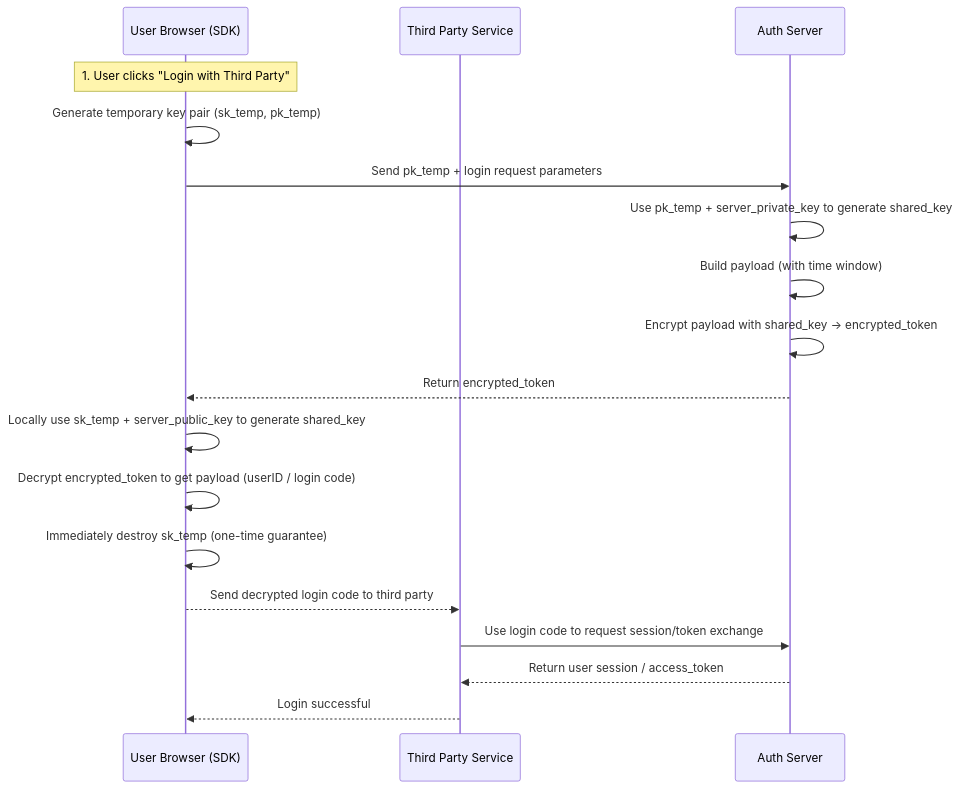
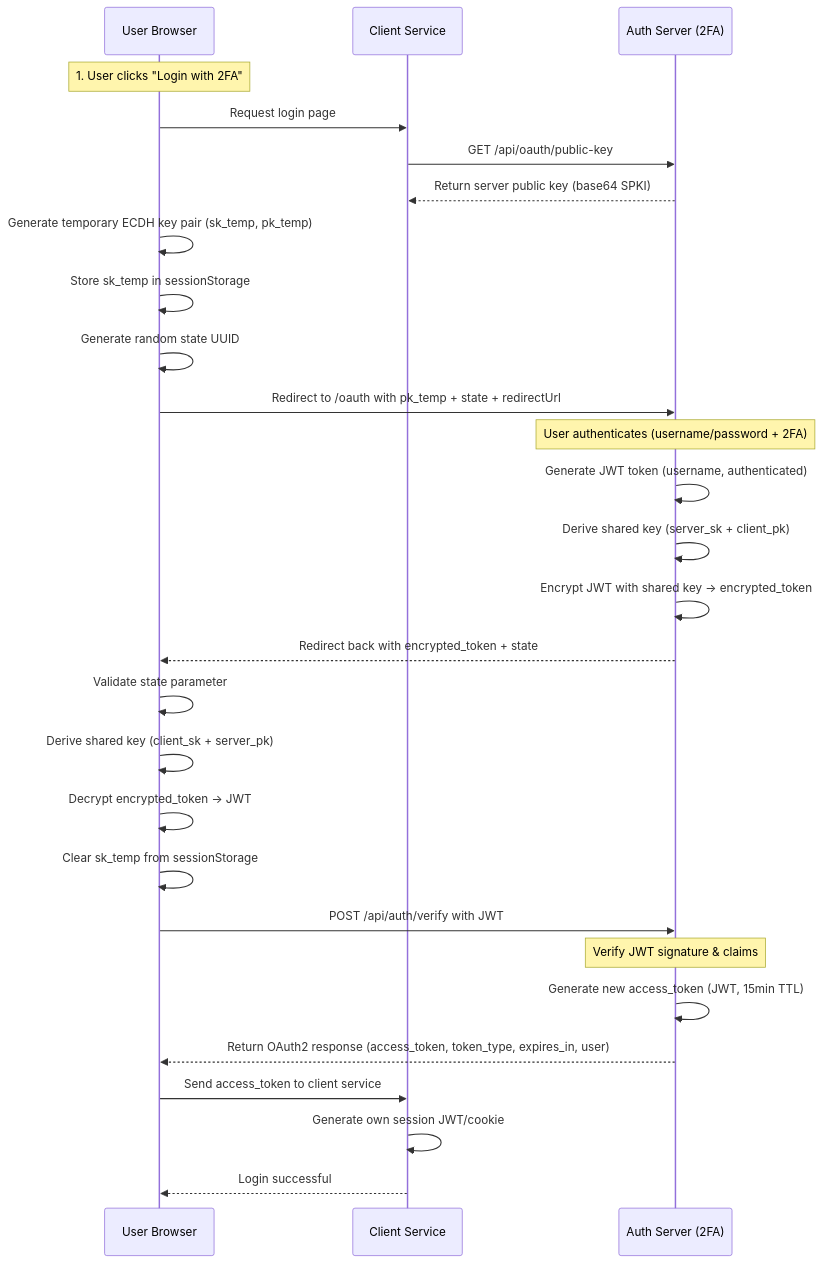
The diagram in app/ecdh/docs/flow.md (DavidKk/vercel-2fa), drawn with Mermaid before and after one commit. The commit also changed other lines of this file and 5 other files, not shown here.

````diff
--- a/app/ecdh/docs/flow.md
+++ b/app/ecdh/docs/flow.md
@@ -5,30 +5,38 @@
 ```mermaid
 sequenceDiagram
-    participant User as User Browser (SDK)
-    participant Third as Third Party Service
-    participant Auth as Auth Server
+    participant User as User Browser
+    participant Client as Client Service
+    participant Auth as Auth Server (2FA)
 
-    Note over User: 1. User clicks "Login with Third Party"
+    Note over User: 1. User clicks "Login with 2FA"
 
-    User->>User: Generate temporary key pair (sk_temp, pk_temp)
+    User->>Client: Request login page
+    Client->>Auth: GET /api/oauth/public-key
+    Auth-->>Client: Return server public key (base64 SPKI)
 
-    User->>Auth: Send pk_temp + login request parameters
+    User->>User: Generate temporary ECDH key pair (sk_temp, pk_temp)
+    User->>User: Store sk_temp in sessionStorage
+    User->>User: Generate random state UUID
 
-    Auth->>Auth: Use pk_temp + server_private_key to generate shared_key
-    Auth->>Auth: Build payload (with time window)
-    Auth->>Auth: Encrypt payload with shared_key → encrypted_token
+    User->>Auth: Redirect to /oauth with pk_temp + state + redirectUrl
+    Note over Auth: User authenticates (username/password + 2FA)
+    Auth->>Auth: Generate JWT token (username, authenticated)
+    Auth->>Auth: Derive shared key (server_sk + client_pk)
+    Auth->>Auth: Encrypt JWT with shared key → encrypted_token
 
-    Auth-->>User: Return encrypted_token
+    Auth-->>User: Redirect back with encrypted_token + state
 
-    User->>User: Locally use sk_temp + server_public_key to generate shared_key
-    User->>User: Decrypt encrypted_token to get payload (userID / login code)
-    User->>User: Immediately destroy sk_temp (one-time guarantee)
+    User->>User: Validate state parameter
+    User->>User: Derive shared key (client_sk + server_pk)
+    User->>User: Decrypt encrypted_token → JWT
+    User->>User: Clear sk_temp from sessionStorage
 
-    User-->>Third: Send decrypted login code to third party
+    User->>Auth: POST /api/auth/verify with JWT
+    Note over Auth: Verify JWT signature & claims
+    Auth->>Auth: Generate new access_token (JWT, 15min TTL)
+    Auth-->>User: Return OAuth2 response (access_token, token_type, expires_in, user)
 
-    Third->>Auth: Use login code to request session/token exchange
-
-    Auth-->>Third: Return user session / access_token
-
-    Third-->>User: Login successful
+    User->>Client: Send access_token to client service
+    Client->>Client: Generate own session JWT/cookie
+    Client-->>User: Login successful
 ```
````
